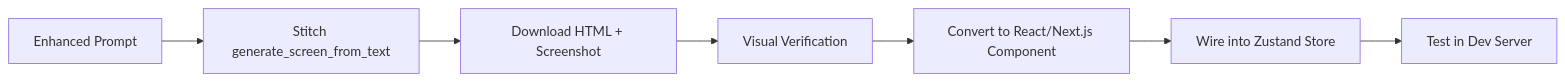
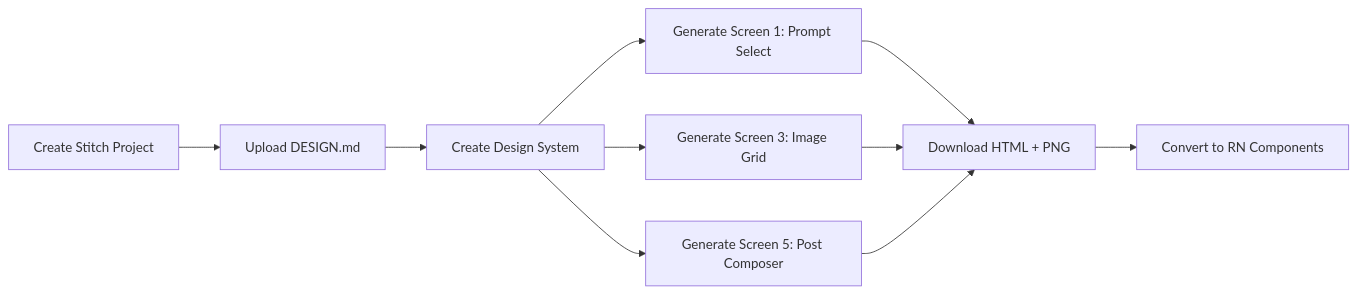
Before and after one commit to sanskaraggarwal720/CV_Deepmind: the diagram in implementation_plan.md, drawn with Mermaid. The commit also changed other lines of this file and 1 other file, not shown here.

````diff
--- a/implementation_plan.md
+++ b/implementation_plan.md
@@ -318,9 +372,12 @@
 ```mermaid
 graph LR
-    A[Enhanced Prompt] --> B[Stitch generate_screen_from_text]
-    B --> C[Download HTML + Screenshot]
-    C --> D[Visual Verification]
-    D --> E[Convert to React/Next.js Component]
-    E --> F[Wire into Zustand Store]
-    F --> G[Test in Dev Server]
+    A[Create Stitch Project] --> B[Upload DESIGN.md]
+    B --> C[Create Design System]
+    C --> D[Generate Screen 1: Prompt Select]
+    C --> E[Generate Screen 3: Image Grid]
+    C --> F[Generate Screen 5: Post Composer]
+    D --> G[Download HTML + PNG]
+    E --> G
+    F --> G
+    G --> H[Convert to RN Components]
 ```
````
